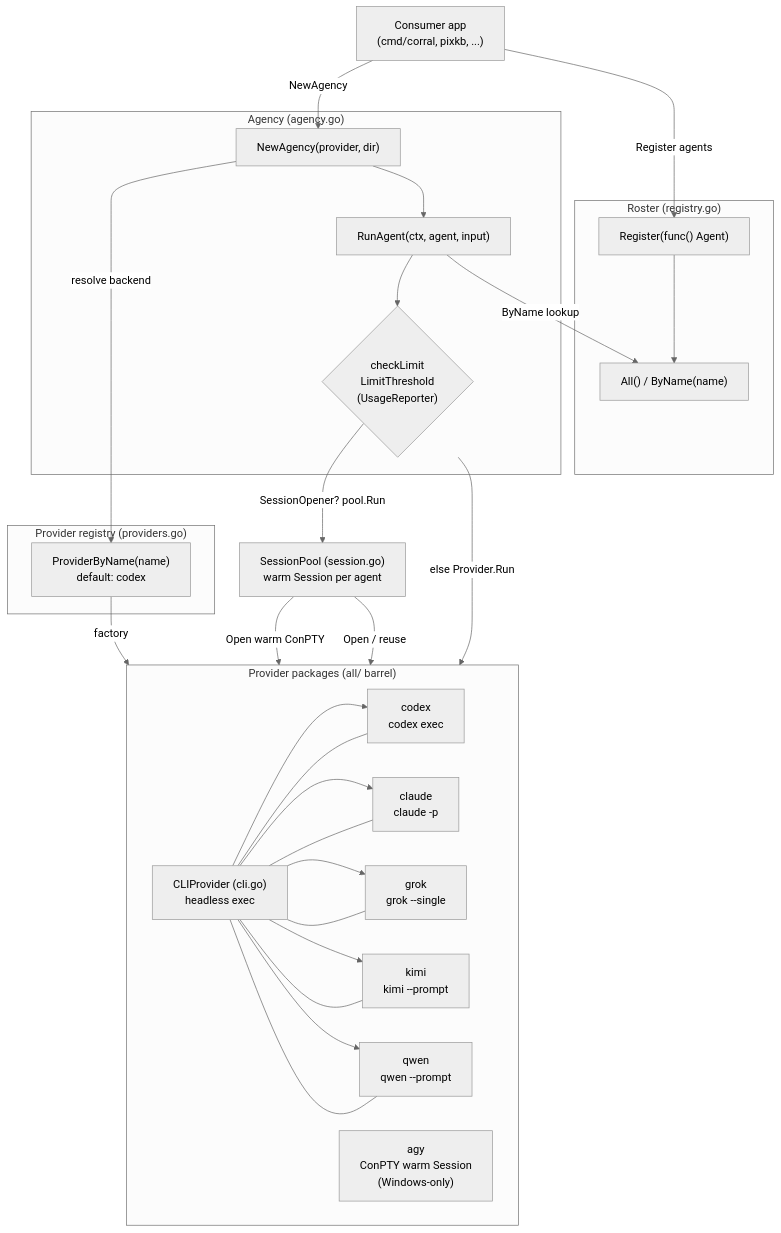
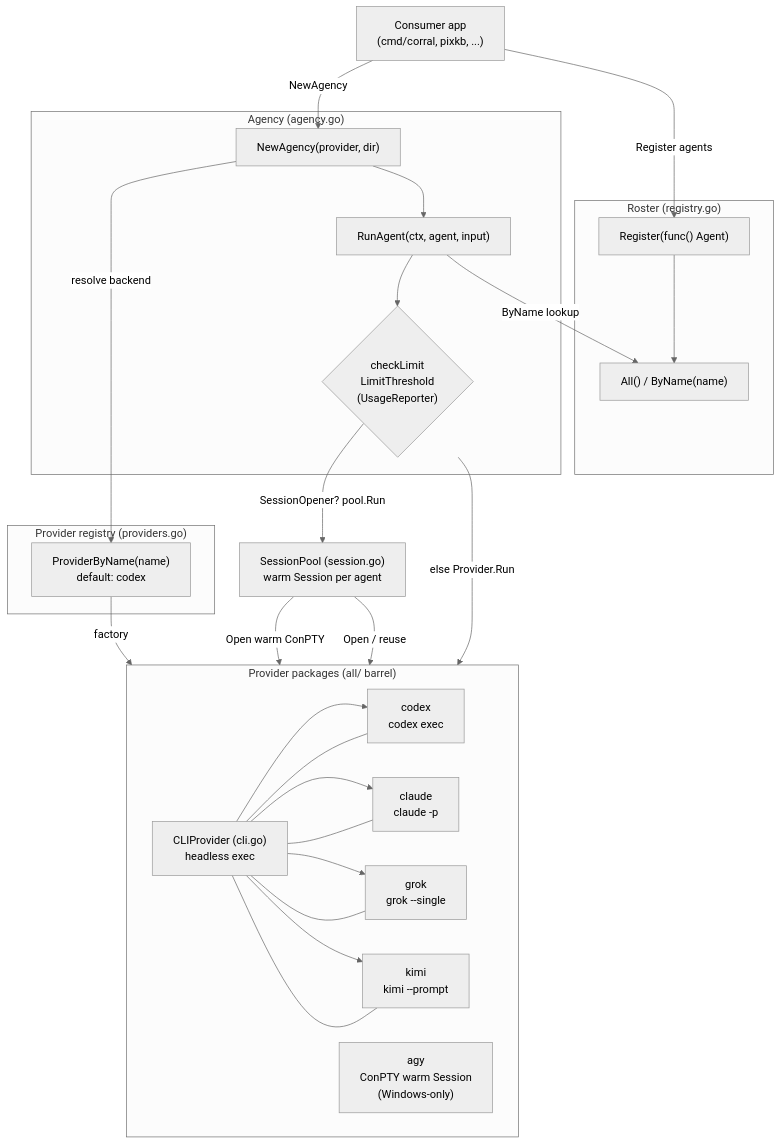
One commit to inovacc/corral changed the first of 3 diagrams in docs/ARCHITECTURE.md. Above: the diagram before and after it, drawn with Mermaid (neutral theme). The commit also changed other lines of this file and 21 other files, not shown here.

````diff
--- a/docs/ARCHITECTURE.md
+++ b/docs/ARCHITECTURE.md
@@ -23,50 +23,48 @@
 ```mermaid
 flowchart TB
     consumer["Consumer app\n(cmd/corral, pixkb, ...)"]
 
     subgraph roster["Roster (registry.go)"]
         reg["Register(func() Agent)"]
         all_["All() / ByName(name)"]
         reg --> all_
     end
 
     subgraph preg["Provider registry (providers.go)"]
         pbn["ProviderByName(name)\ndefault: codex"]
     end
 
     subgraph agency_["Agency (agency.go)"]
         na["NewAgency(provider, dir)"]
         ra["RunAgent(ctx, agent, input)"]
         gate{"checkLimit\nLimitThreshold\n(UsageReporter)"}
         na --> ra --> gate
     end
 
     pool["SessionPool (session.go)\nwarm Session per agent"]
 
     subgraph provs["Provider packages (all/ barrel)"]
         direction LR
         cli["CLIProvider (cli.go)\nheadless exec"]
         codex["codex\ncodex exec"]
         claude["claude\nclaude -p"]
         grok["grok\ngrok --single"]
         kimi["kimi\nkimi --prompt"]
-        qwen["qwen\nqwen --prompt"]
         agy["agy\nConPTY warm Session\n(Windows-only)"]
         codex --- cli
         claude --- cli
         grok --- cli
         kimi --- cli
-        qwen --- cli
     end
 
     consumer -->|Register agents| reg
     consumer -->|NewAgency| na
     na -->|resolve backend| pbn
     pbn -->|factory| provs
     ra -->|ByName lookup| all_
     gate -->|SessionOpener? pool.Run| pool
     gate -->|else Provider.Run| cli
     pool -->|Open / reuse| cli
     pool -->|Open warm ConPTY| agy
-    cli --> codex & claude & grok & kimi & qwen
+    cli --> codex & claude & grok & kimi
 ```
````
